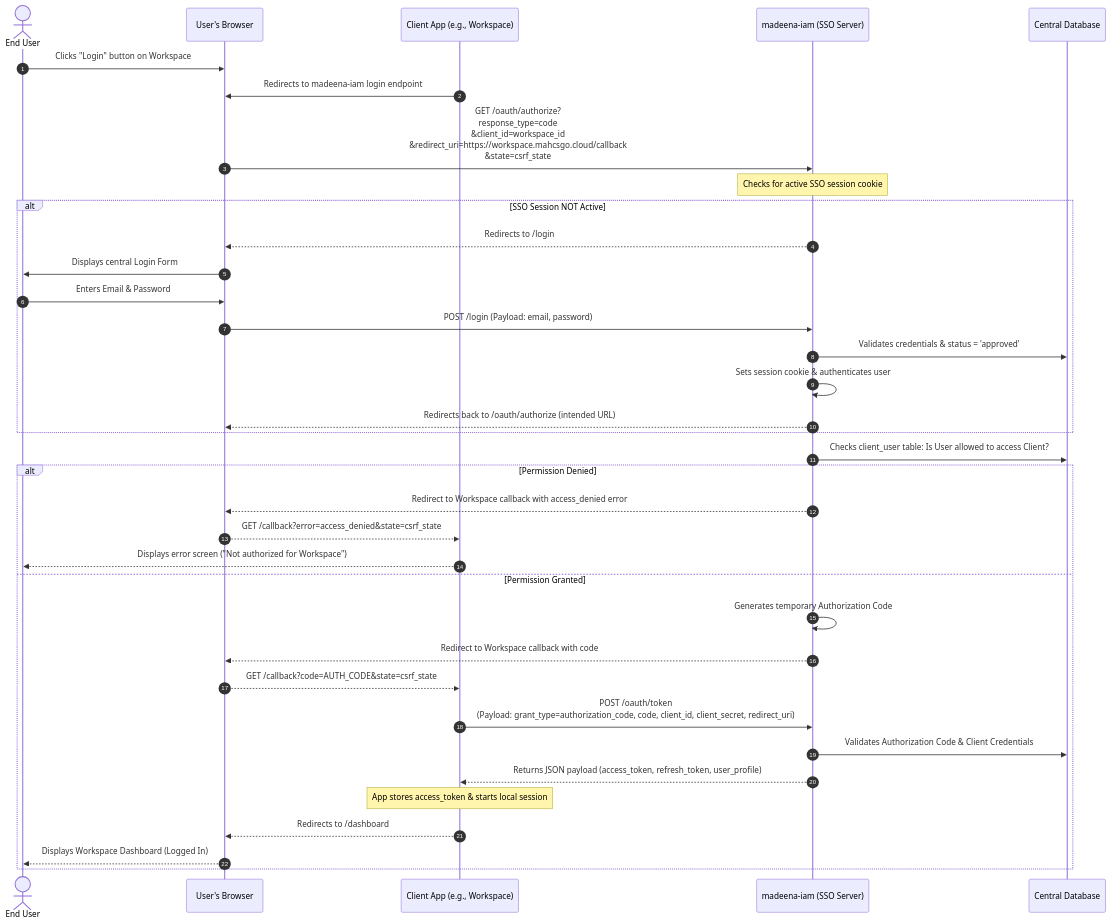
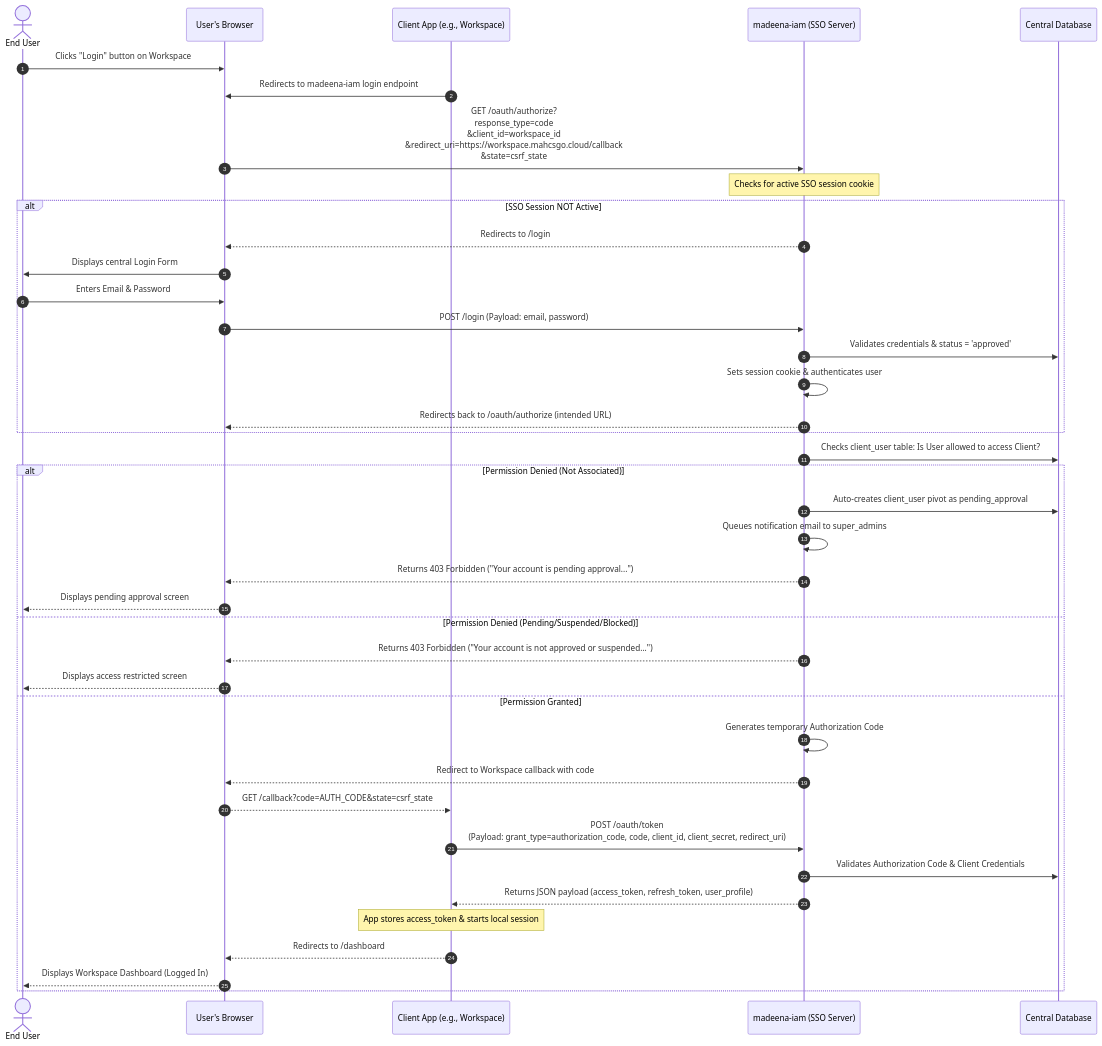
The first of 7 diagrams in docs/madeena_iam_prd.md (Madeena-software/madeena-iam), drawn with Mermaid before and after one commit. The commit also changed other lines of this file and 14 other files, not shown here.

Commit message:
feat: implement client user ID mapping, make pivot ID nullable, and add auto-approval notification flow

````diff
--- a/docs/madeena_iam_prd.md
+++ b/docs/madeena_iam_prd.md
@@ -123,45 +123,49 @@
 ```mermaid
 sequenceDiagram
     autonumber
     actor User as End User
     participant Browser as User's Browser
     participant App as Client App (e.g., Workspace)
     participant IAM as madeena-iam (SSO Server)
     participant DB as Central Database
 
     User->>Browser: Clicks "Login" button on Workspace
     App->>Browser: Redirects to madeena-iam login endpoint
     Browser->>IAM: GET /oauth/authorize?<br>response_type=code<br>&client_id=workspace_id<br>&redirect_uri=https://workspace.mahcsgo.cloud/callback<br>&state=csrf_state
     
     Note over IAM: Checks for active SSO session cookie
     
     alt SSO Session NOT Active
         IAM-->>Browser: Redirects to /login
         Browser->>User: Displays central Login Form
         User->>Browser: Enters Email & Password
         Browser->>IAM: POST /login (Payload: email, password)
         IAM->>DB: Validates credentials & status = 'approved'
         IAM->>IAM: Sets session cookie & authenticates user
         IAM-->>Browser: Redirects back to /oauth/authorize (intended URL)
     end
 
     IAM->>DB: Checks client_user table: Is User allowed to access Client?
     
-    alt Permission Denied
-        IAM-->>Browser: Redirect to Workspace callback with access_denied error
-        Browser-->>App: GET /callback?error=access_denied&state=csrf_state
-        App-->>User: Displays error screen ("Not authorized for Workspace")
+    alt Permission Denied (Not Associated)
+        IAM->>DB: Auto-creates client_user pivot as pending_approval
+        IAM->>IAM: Queues notification email to super_admins
+        IAM-->>Browser: Returns 403 Forbidden ("Your account is pending approval...")
+        Browser-->>User: Displays pending approval screen
+    else Permission Denied (Pending/Suspended/Blocked)
+        IAM-->>Browser: Returns 403 Forbidden ("Your account is not approved or suspended...")
+        Browser-->>User: Displays access restricted screen
     else Permission Granted
         IAM->>IAM: Generates temporary Authorization Code
         IAM-->>Browser: Redirect to Workspace callback with code
         Browser-->>App: GET /callback?code=AUTH_CODE&state=csrf_state
         
         %% Back-channel Token Exchange
         App->>IAM: POST /oauth/token<br>(Payload: grant_type=authorization_code, code, client_id, client_secret, redirect_uri)
         IAM->>DB: Validates Authorization Code & Client Credentials
         IAM-->>App: Returns JSON payload (access_token, refresh_token, user_profile)
         Note over App: App stores access_token & starts local session
         App-->>Browser: Redirects to /dashboard
         Browser-->>User: Displays Workspace Dashboard (Logged In)
     end
 ```
````
